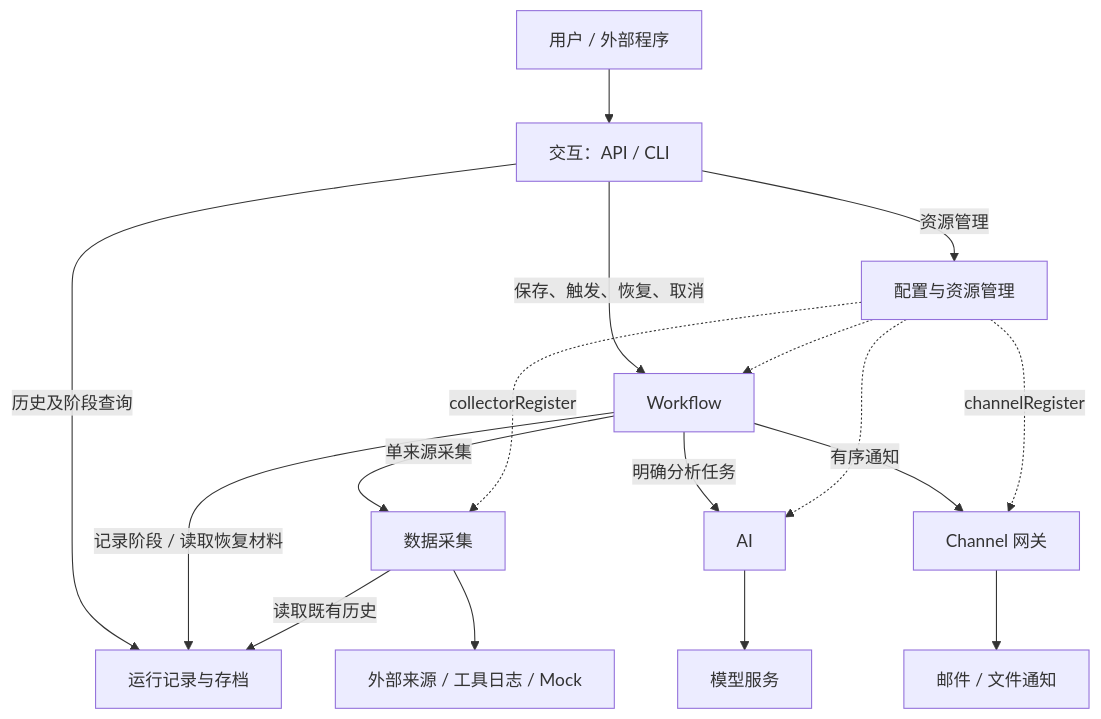
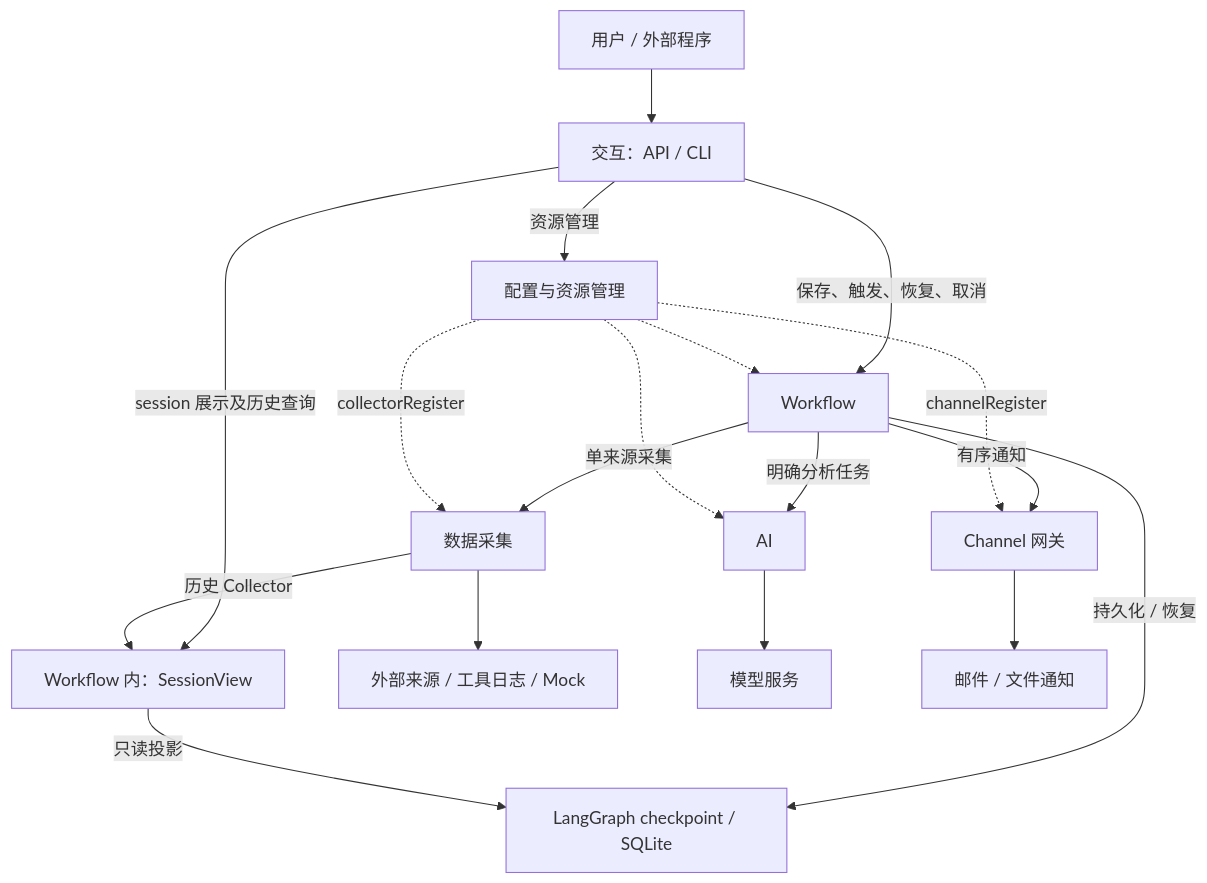
The first of 2 diagrams in openspec/changes/configurable-collection-analysis-workflow/design.md (striiiiiing/WorkFLowWeave), drawn with Mermaid before and after one commit. The commit also changed other lines of this file and 19 other files, not shown here.

````diff
--- a/openspec/changes/configurable-collection-analysis-workflow/design.md
+++ b/openspec/changes/configurable-collection-analysis-workflow/design.md
@@ -29,19 +28,20 @@
 ```mermaid
 flowchart TB
     User[用户 / 外部程序] --> Interaction[交互：API / CLI]
     Interaction -->|保存、触发、恢复、取消| Workflow[Workflow]
     Interaction -->|资源管理| Config[配置与资源管理]
-    Interaction -->|历史及阶段查询| Archive[运行记录与存档]
+    Interaction -->|session 展示及历史查询| View[Workflow 内：SessionView]
     Workflow -->|单来源采集| Collection[数据采集]
     Workflow -->|明确分析任务| AI[AI]
     Workflow -->|有序通知| Gateway[Channel 网关]
-    Workflow -->|记录阶段 / 读取恢复材料| Archive
-    Collection -->|读取既有历史| Archive
+    Workflow -->|持久化 / 恢复| Checkpoints[LangGraph checkpoint / SQLite]
+    View -->|只读投影| Checkpoints
+    Collection -->|历史 Collector| View
     Config -.-> Workflow
     Config -.->|collectorRegister| Collection
     Config -.-> AI
     Config -.->|channelRegister| Gateway
     Collection --> Sources[外部来源 / 工具日志 / Mock]
     AI --> Models[模型服务]
     Gateway --> Destinations[邮件 / 文件通知]
 ```
````
